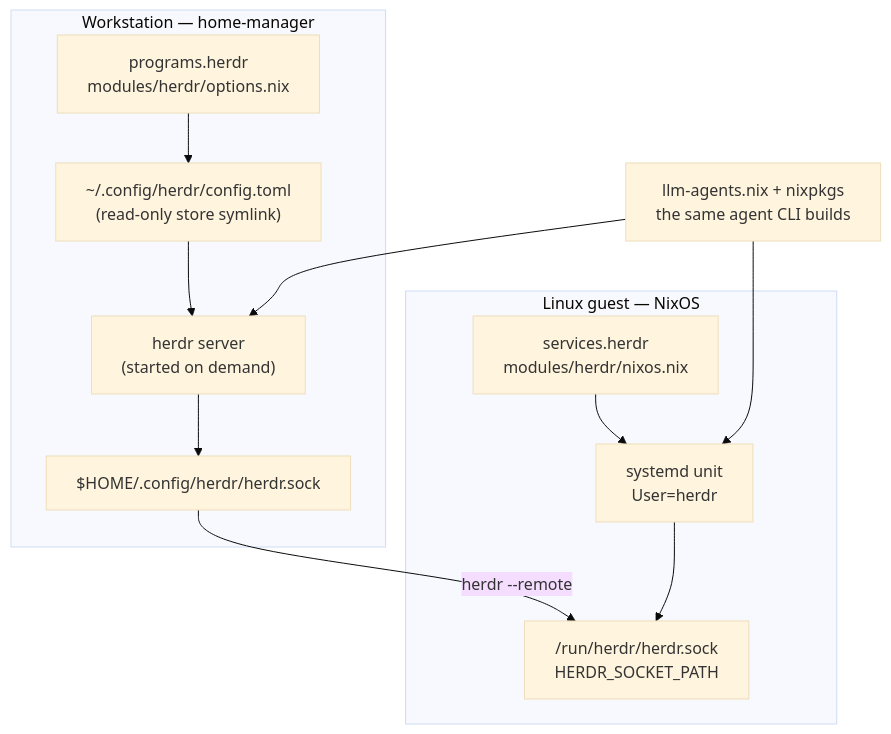
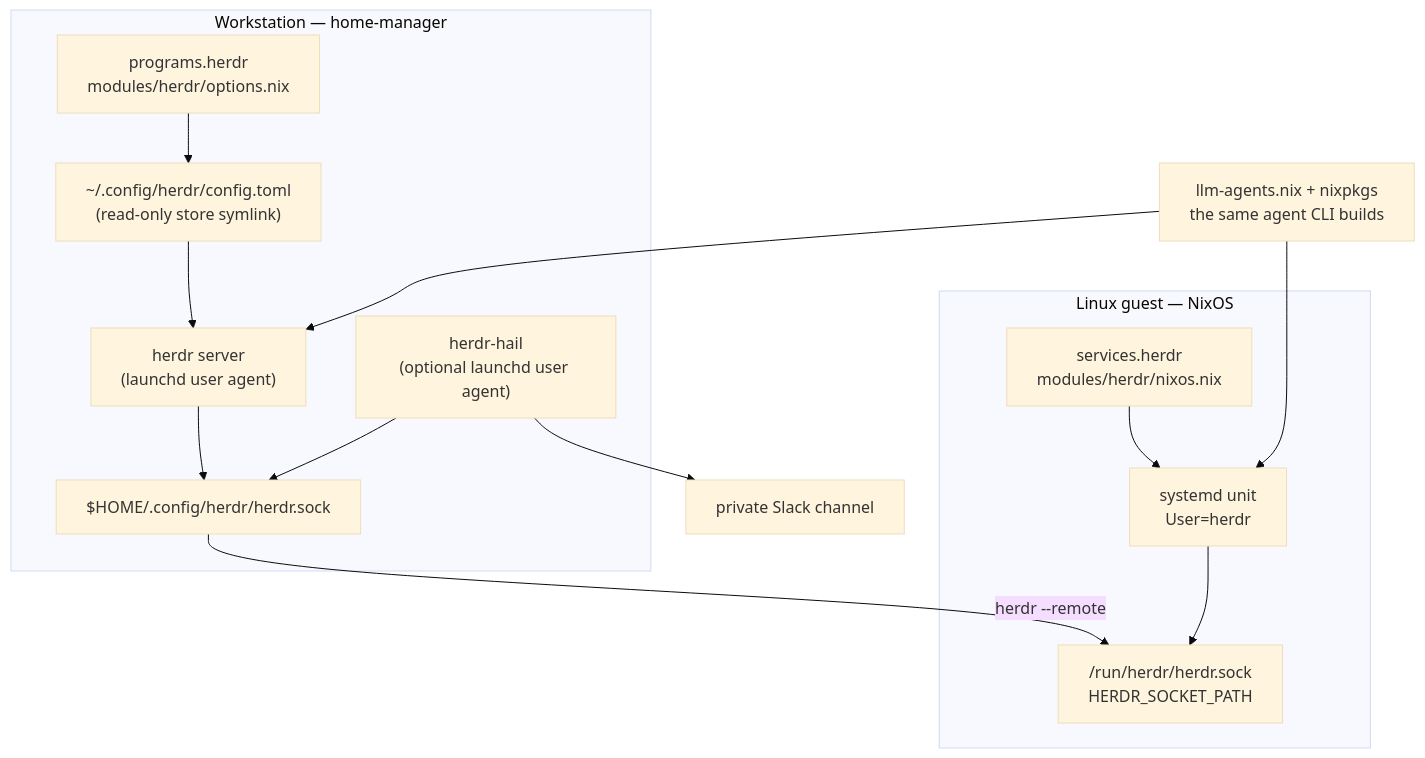
One commit to dryvist/nix-ai changed the first of 2 diagrams in docs/architecture/herdr.md. Above: the diagram before and after it, drawn with Mermaid (base theme). The commit also changed other lines of this file and 11 other files, not shown here.

First line of the commit message:
feat(herdr): run the Hail Slack bridge as a Darwin LaunchAgent (#2583)

````diff
--- a/docs/architecture/herdr.md
+++ b/docs/architecture/herdr.md
@@ -16,23 +16,27 @@
 ```mermaid
 graph TD
     subgraph Workstation["Workstation — home-manager"]
         HMOPT["programs.herdr\nmodules/herdr/options.nix"]
         CFG["~/.config/herdr/config.toml\n(read-only store symlink)"]
         WSOCK["$HOME/.config/herdr/herdr.sock"]
-        WSRV["herdr server\n(started on demand)"]
+        WSRV["herdr server\n(launchd user agent)"]
+        HAIL["herdr-hail\n(optional launchd user agent)"]
     end
 
     subgraph Guest["Linux guest — NixOS"]
         NIXOPT["services.herdr\nmodules/herdr/nixos.nix"]
         UNIT["systemd unit\nUser=herdr"]
         GSOCK["/run/herdr/herdr.sock\nHERDR_SOCKET_PATH"]
     end
 
     AGENTS["llm-agents.nix + nixpkgs\nthe same agent CLI builds"]
+    SLACK["private Slack channel"]
 
     HMOPT --> CFG --> WSRV --> WSOCK
+    HAIL --> WSOCK
+    HAIL --> SLACK
     NIXOPT --> UNIT --> GSOCK
     AGENTS --> WSRV
     AGENTS --> UNIT
     WSOCK -->|"herdr --remote <name>"| GSOCK
 ```
````
